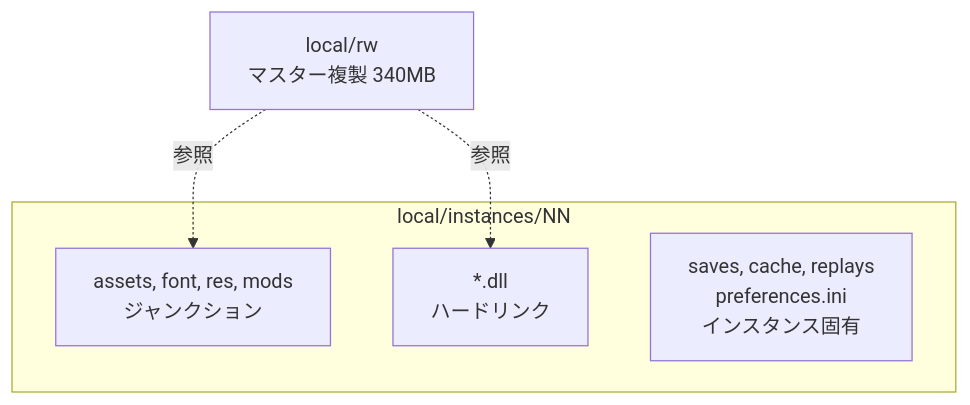
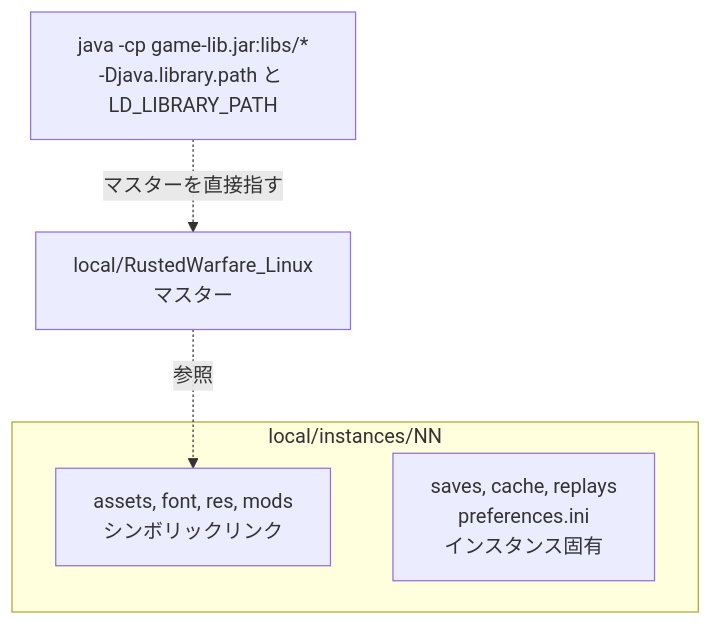
One commit to h4ribote/RW-Intel changed the second of 2 diagrams in docs/project/02-runtime.md. Above: the diagram before and after it, drawn with Mermaid. The commit also changed other lines of this file and 174 other files, not shown here.

````diff
--- a/docs/project/02-runtime.md
+++ b/docs/project/02-runtime.md
@@ -29,11 +69,10 @@
 ```mermaid
 flowchart TD
-    master["local/rw<br/>マスター複製 340MB"]
+    master["local/RustedWarfare_Linux<br/>マスター"]
     subgraph inst["local/instances/NN"]
-        j["assets, font, res, mods<br/>ジャンクション"]
-        h["*.dll<br/>ハードリンク"]
-        o["saves, cache, replays<br/>preferences.ini<br/>インスタンス固有"]
+        links["assets, font, res, mods<br/>シンボリックリンク"]
+        own["saves, cache, replays<br/>preferences.ini<br/>インスタンス固有"]
     end
-    master -.->|参照| j
-    master -.->|参照| h
+    master -.->|参照| links
+    jvm["java -cp game-lib.jar:libs/*<br/>-Djava.library.path と LD_LIBRARY_PATH"] -.->|マスターを直接指す| master
 ```
````
